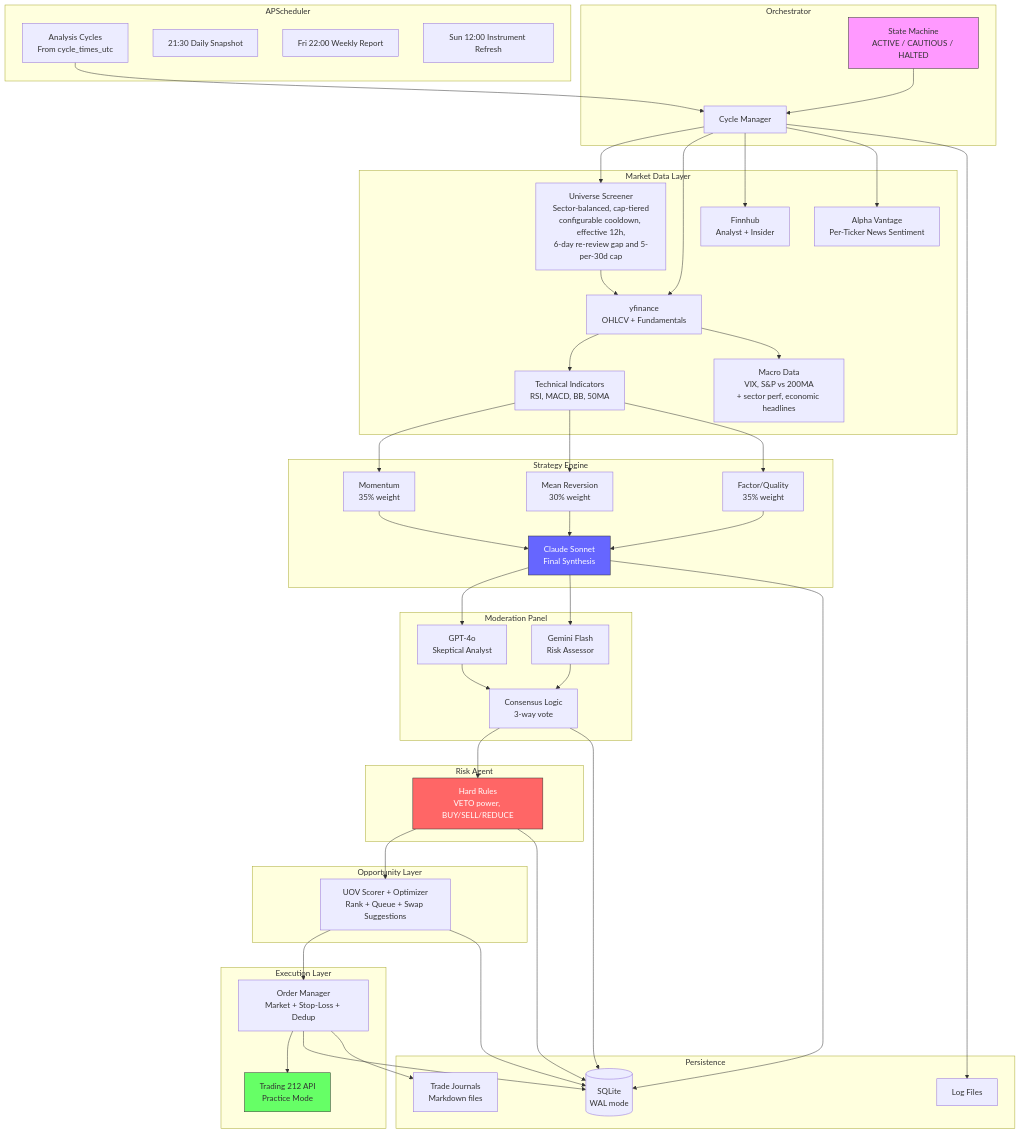
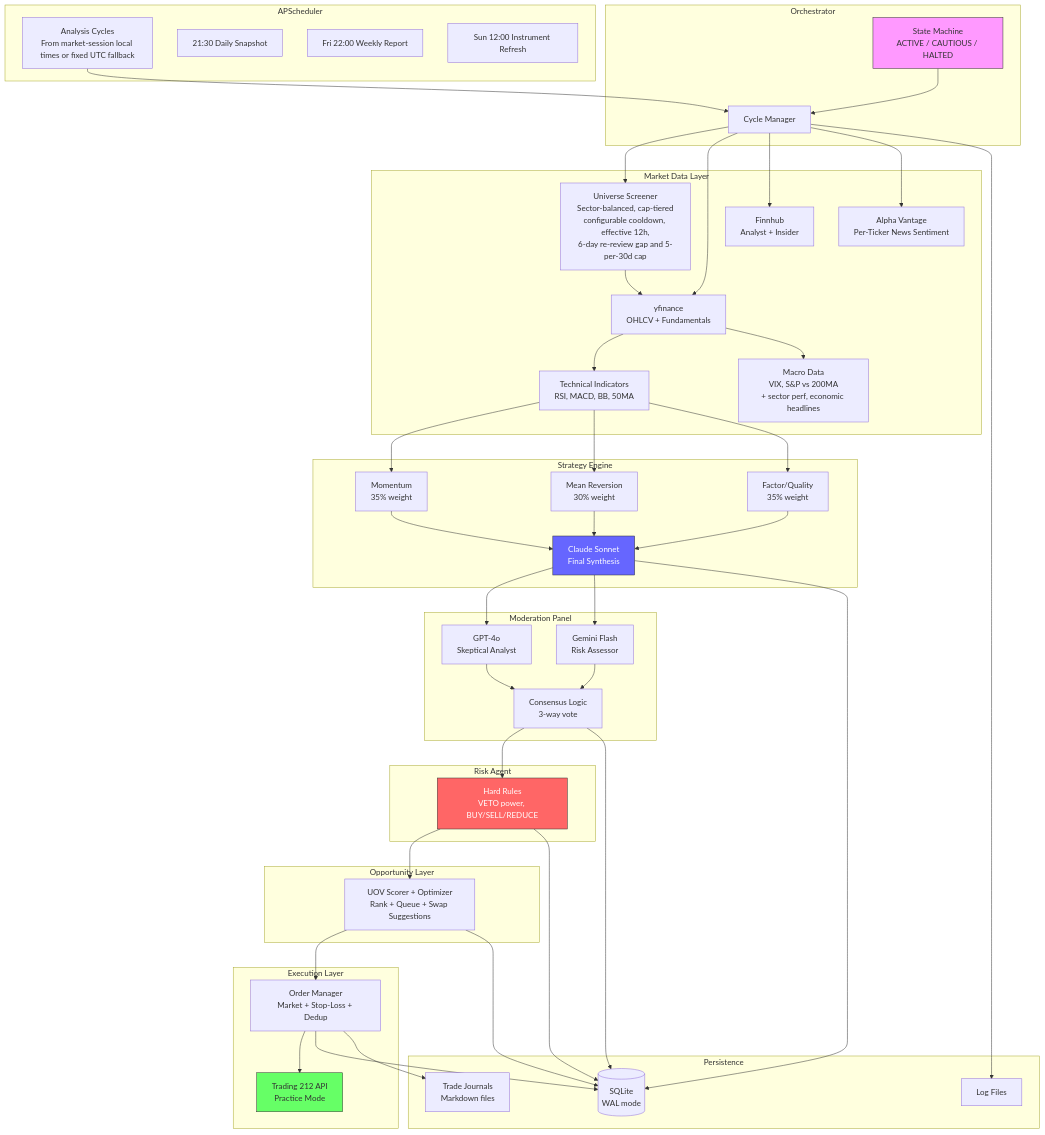
One commit to zenouz-ai/zeninvest changed the first of 5 diagrams in docs/ARCHITECTURE.md. Above: the diagram before and after it, drawn with Mermaid. The commit also changed other lines of this file and 16 other files, not shown here.

Commit message:
docs: sync command modes, market-session scheduling, and roadmap notes

````diff
--- a/docs/ARCHITECTURE.md
+++ b/docs/ARCHITECTURE.md
@@ -418,7 +418,7 @@
 ```mermaid
 graph TB
     subgraph Scheduler["APScheduler"]
-        S1[Analysis Cycles<br/>From cycle_times_utc]
+        S1[Analysis Cycles<br/>From market-session local times or fixed UTC fallback]
         S2[21:30 Daily Snapshot]
         S3[Fri 22:00 Weekly Report]
         S4[Sun 12:00 Instrument Refresh]
````
